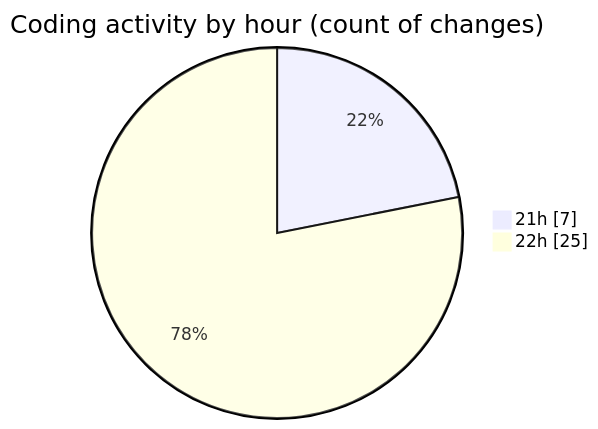
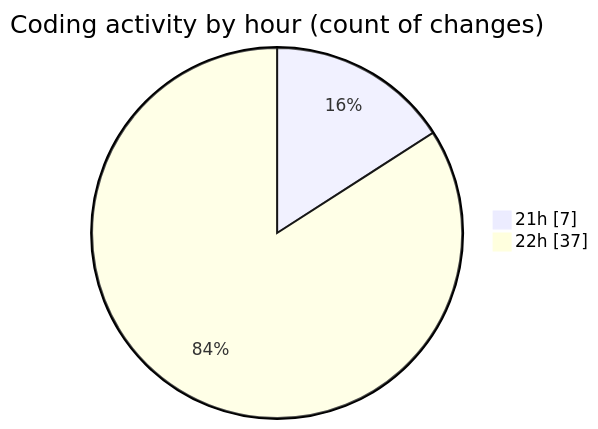
The second of 2 diagrams in 2025-08-26/mcp-web/README.md (EIIisD/code-tracking), drawn with Mermaid before and after one commit. The commit also changed other lines of this file and 1 other file, not shown here.

````diff
--- a/2025-08-26/mcp-web/README.md
+++ b/2025-08-26/mcp-web/README.md
@@ -30,6 +32,6 @@
 ```mermaid
 pie showData
 title Coding activity by hour (count of changes)
 "21h" : 7
-"22h" : 25
+"22h" : 37
 ```
````
